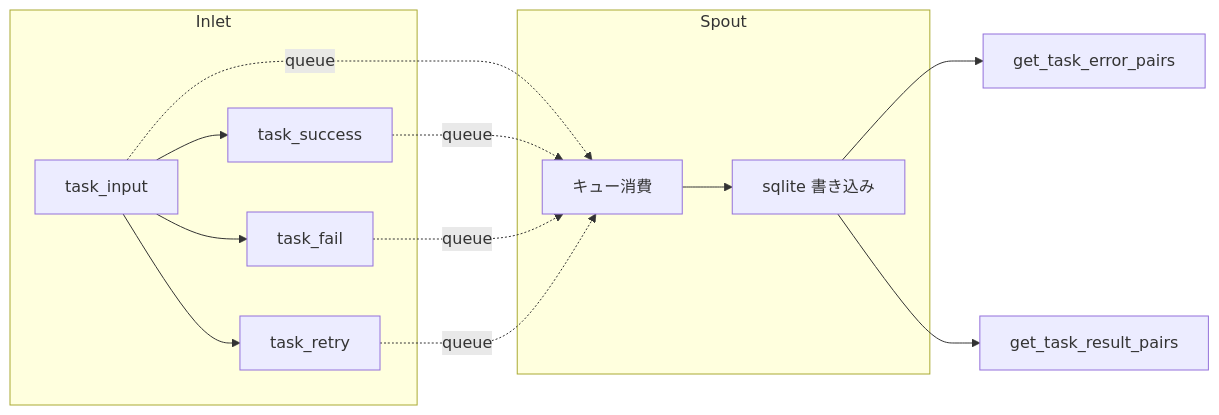
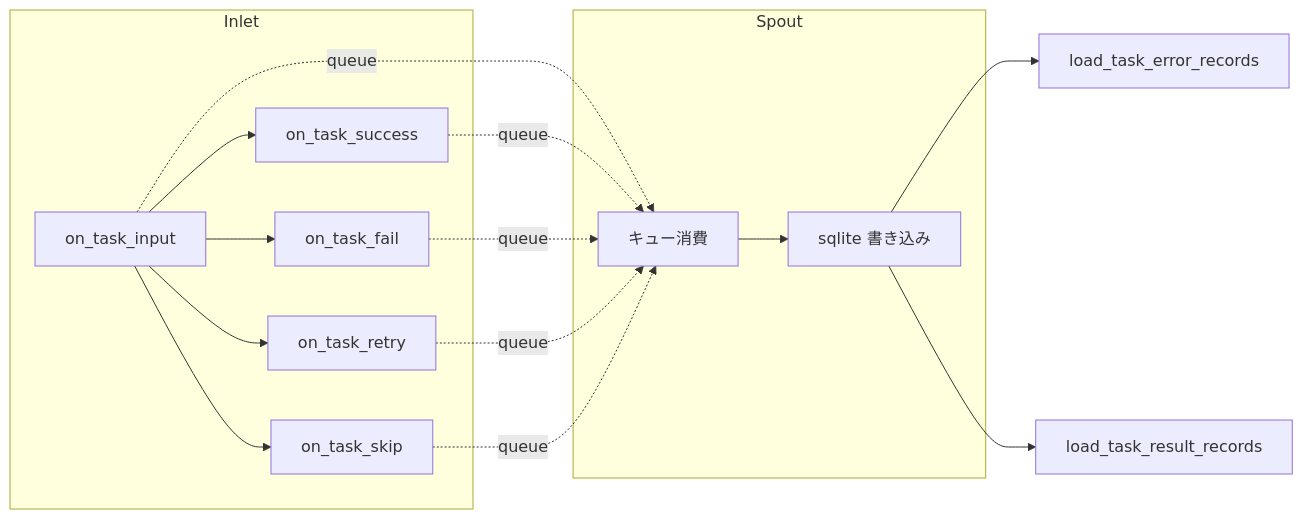
One commit to Mr-xiaotian/CelestialFlow changed the diagram in docs/ja/tests/persistence/test_lifecycle.md. Above: the diagram before and after it, drawn with Mermaid. The commit also changed other lines of this file and 157 other files, not shown here.

````diff
--- a/docs/ja/tests/persistence/test_lifecycle.md
+++ b/docs/ja/tests/persistence/test_lifecycle.md
@@ -55,17 +65,19 @@
 ```mermaid
 flowchart LR
     subgraph Inlet
-        A[task_input] --> B[task_success]
-        A --> C[task_fail]
-        A --> D[task_retry]
+        A[on_task_input] --> B[on_task_success]
+        A --> C[on_task_fail]
+        A --> D[on_task_retry]
+        A --> E[on_task_skip]
     end
     subgraph Spout
-        E[キュー消費] --> F[sqlite 書き込み]
+        F[キュー消費] --> G[sqlite 書き込み]
     end
-    A -.->|queue| E
-    B -.->|queue| E
-    C -.->|queue| E
-    D -.->|queue| E
-    F --> G[get_task_error_pairs]
-    F --> H[get_task_result_pairs]
+    A -.->|queue| F
+    B -.->|queue| F
+    C -.->|queue| F
+    D -.->|queue| F
+    E -.->|queue| F
+    G --> H[load_task_error_records]
+    G --> I[load_task_result_records]
 ```
````
